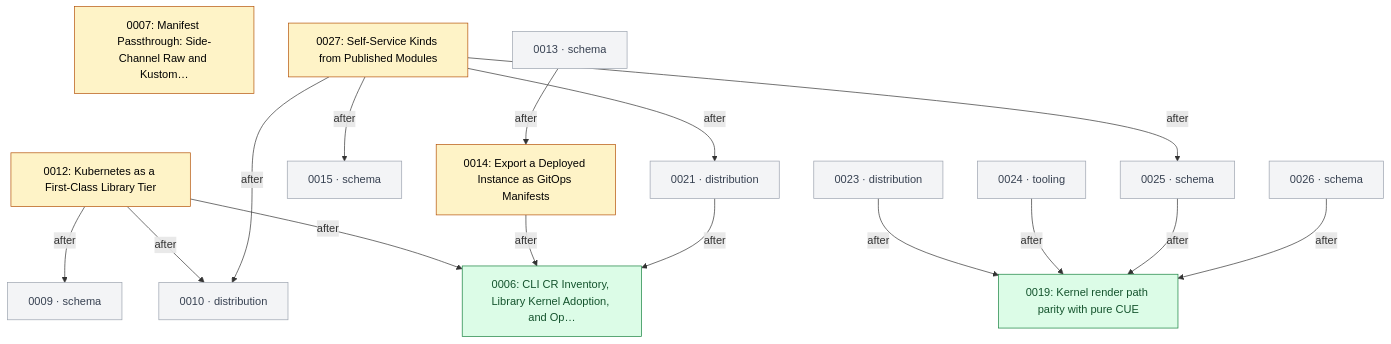
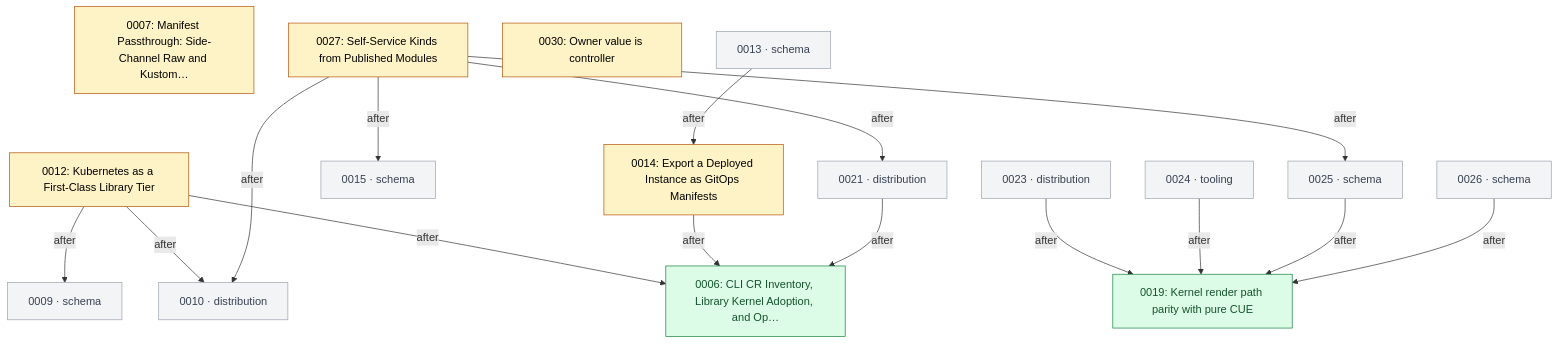
Before and after one commit to open-platform-model/enhancements: the third of 6 diagrams in GRAPH.md, drawn with Mermaid. The commit also changed other lines of this file and 9 other files, not shown here.

Commit message:
docs(0030): draft the entry for the owner value controller

````diff
--- a/GRAPH.md
+++ b/GRAPH.md
@@ -88,42 +88,43 @@
 ```mermaid
 graph TD
   classDef draft       fill:#fef3c7,stroke:#b45309,color:#000
   classDef accepted    fill:#dbeafe,stroke:#1d4ed8,color:#000
   classDef rejected    fill:#fee2e2,stroke:#b91c1c,color:#7f1d1d,stroke-dasharray:4 2
   classDef withdrawn   fill:#fef2f2,stroke:#b91c1c,color:#7f1d1d,stroke-dasharray:1 3
   classDef superseded  fill:#e5e7eb,stroke:#6b7280,color:#6b7280
   classDef delivered   fill:#dcfce7,stroke:#15803d,color:#14532d
   classDef stub        fill:#f3f4f6,stroke:#9ca3af,color:#374151
   classDef category    fill:#ede9fe,stroke:#6d28d9,color:#000
 
   N0006["0006: CLI CR Inventory, Library Kernel Adoption, and Op…"]:::delivered
   N0007["0007: Manifest Passthrough: Side-Channel Raw and Kustom…"]:::draft
   N0012["0012: Kubernetes as a First-Class Library Tier"]:::draft
   N0014["0014: Export a Deployed Instance as GitOps Manifests"]:::draft
   N0019["0019: Kernel render path parity with pure CUE"]:::delivered
   N0027["0027: Self-Service Kinds from Published Modules"]:::draft
+  N0030["0030: Owner value is controller"]:::draft
   N0009["0009 · schema"]:::stub
   N0010["0010 · distribution"]:::stub
   N0013["0013 · schema"]:::stub
   N0015["0015 · schema"]:::stub
   N0021["0021 · distribution"]:::stub
   N0023["0023 · distribution"]:::stub
   N0024["0024 · tooling"]:::stub
   N0025["0025 · schema"]:::stub
   N0026["0026 · schema"]:::stub
 
   N0012 -->|after| N0006
   N0012 -->|after| N0009
   N0012 -->|after| N0010
   N0013 -->|after| N0014
   N0014 -->|after| N0006
   N0021 -->|after| N0006
   N0023 -->|after| N0019
   N0024 -->|after| N0019
   N0025 -->|after| N0019
   N0026 -->|after| N0019
   N0027 -->|after| N0010
   N0027 -->|after| N0015
   N0027 -->|after| N0021
   N0027 -->|after| N0025
 ```
````
